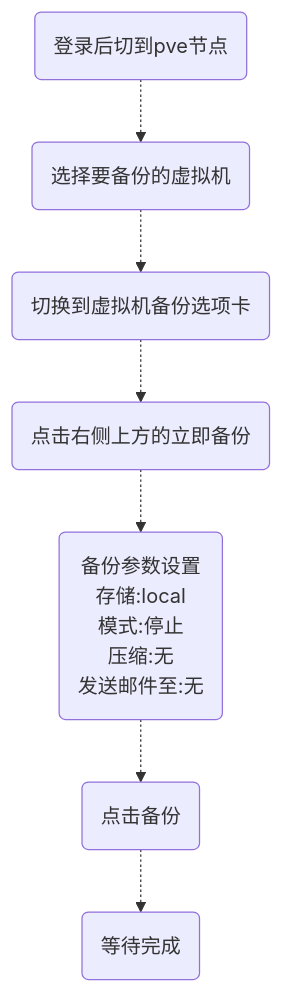
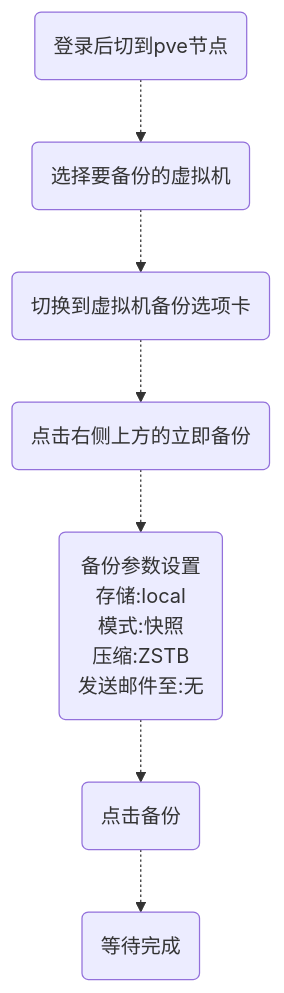
Before and after one commit to qingzhiku/MicroService: the fourth of 7 diagrams in proxmox_ve.md, drawn with Mermaid. The commit also changed other lines of this file, not shown here.

````diff
--- a/proxmox_ve.md
+++ b/proxmox_ve.md
@@ -680,10 +690,10 @@
 ``` mermaid
 graph TB
 1(登录后切到pve节点) -.->
 2(选择要备份的虚拟机) -.->
 3(切换到虚拟机备份选项卡)-.->
 4(点击右侧上方的立即备份)-.->
-5(备份参数设置 <br/> 存储:local   <br/>模式:停止 <br/> 压缩:无 <br/> 发送邮件至:无)-.->
+5(备份参数设置 <br/> 存储:local   <br/>模式:快照 <br/> 压缩:ZSTB<fast and good> <br/> 发送邮件至:无)-.->
 6(点击备份)-.->
 7(等待完成)
 ```
````
